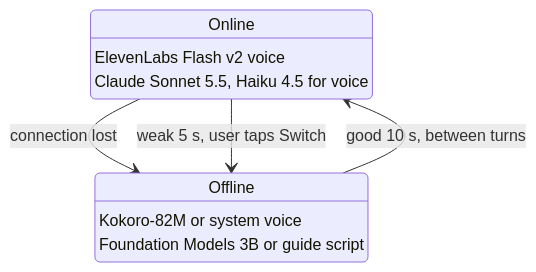
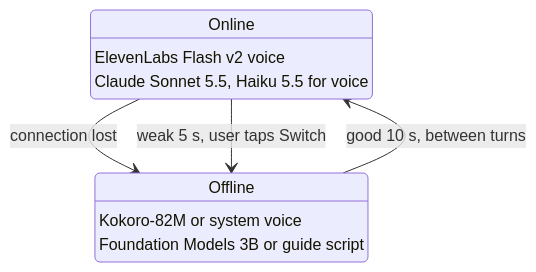
Before and after one commit to Xget7/splat-field-guide: the third of 3 diagrams in README.md, drawn with Mermaid. The commit also changed other lines of this file and 4 other files, not shown here.

Commit message:
Answer the voice agent with Claude Haiku 5.5 without thinking or sampling options

````diff
--- a/README.md
+++ b/README.md
@@ -67,13 +67,13 @@
 ```mermaid
 stateDiagram-v2
   direction TB
   Online: Online
   Online: ElevenLabs Flash v2 voice
-  Online: Claude Sonnet 5.5, Haiku 4.5 for voice
+  Online: Claude Sonnet 5.5, Haiku 5.5 for voice
   Offline: Offline
   Offline: Kokoro-82M or system voice
   Offline: Foundation Models 3B or guide script
   Online --> Offline: connection lost
   Online --> Offline: weak 5 s, user taps Switch
   Offline --> Online: good 10 s, between turns
 ```
````
